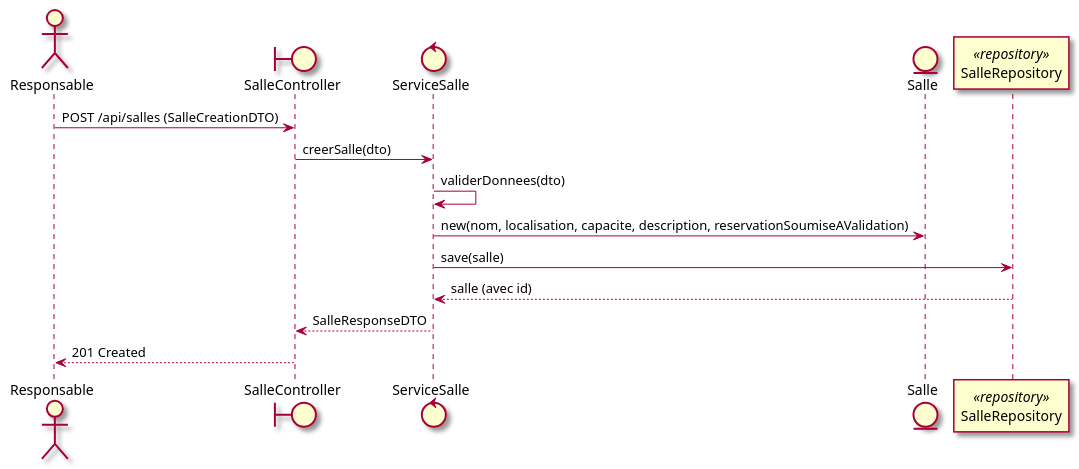
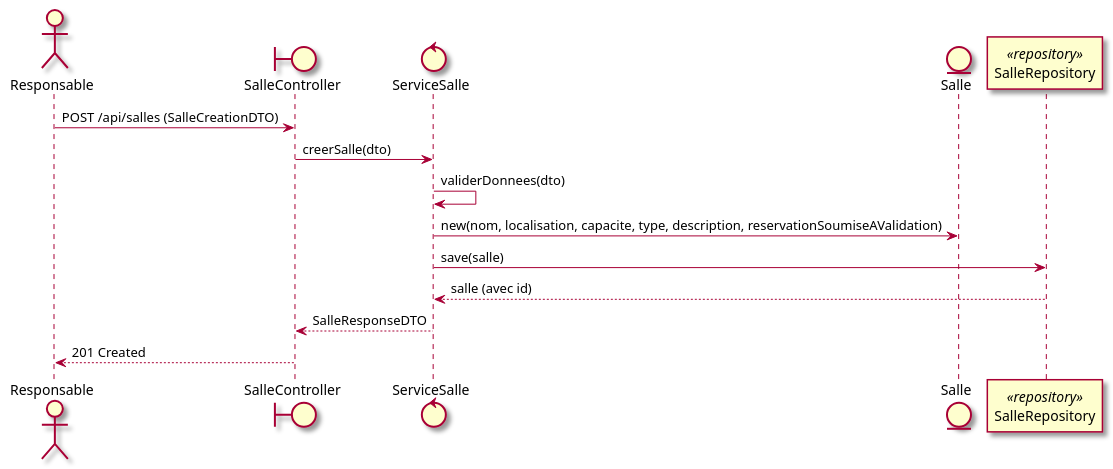
Before and after one commit to mrajaonson/glg204-room-management-system: diagram 12 of 38 in docs/03-Conception.md, drawn with PlantUML. The commit also changed other lines of this file and 4 other files, not shown here.

````diff
--- a/docs/03-Conception.md
+++ b/docs/03-Conception.md
@@ -703,20 +723,20 @@
 ```plantuml
 @startuml
 skin rose
 
 actor Responsable as r
 boundary SalleController as ctrl
 control ServiceSalle as svc
 entity Salle as salle
 participant SalleRepository as repo <<repository>>
 
 r -> ctrl : POST /api/salles (SalleCreationDTO)
 ctrl -> svc : creerSalle(dto)
 svc -> svc : validerDonnees(dto)
-svc -> salle : new(nom, localisation, capacite, description, reservationSoumiseAValidation)
+svc -> salle : new(nom, localisation, capacite, type, description, reservationSoumiseAValidation)
 svc -> repo : save(salle)
 repo --> svc : salle (avec id)
 svc --> ctrl : SalleResponseDTO
 ctrl --> r : 201 Created
 @enduml
 ```
````
